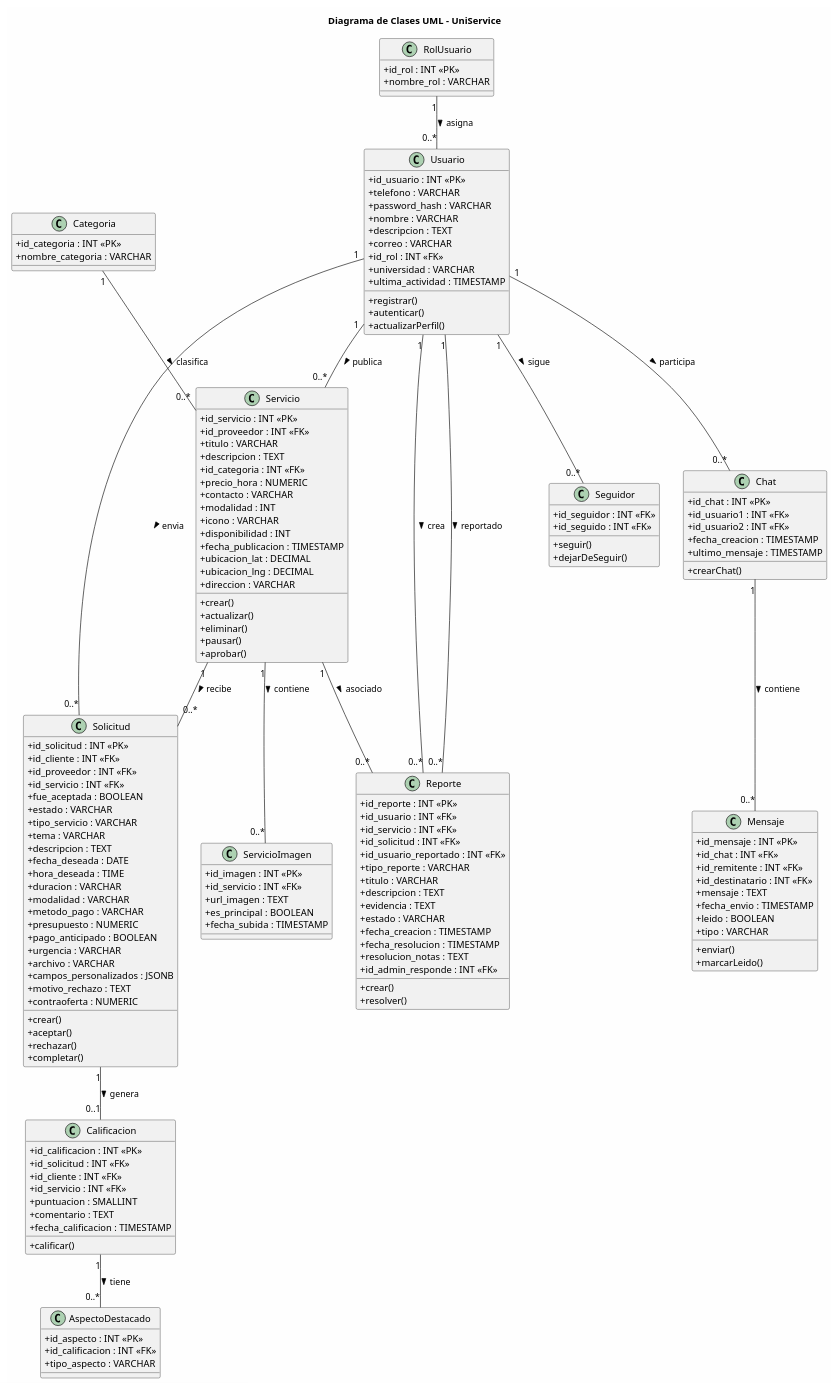
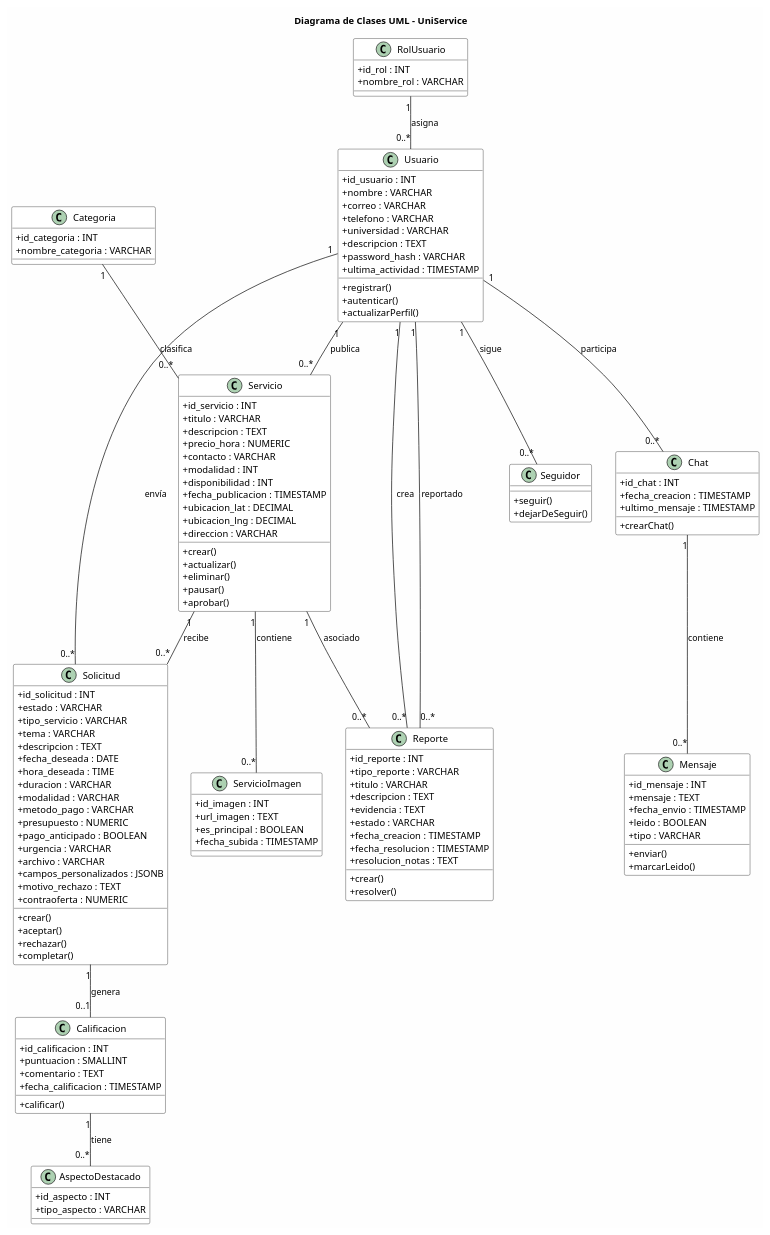
The diagram in pdf-Documentacion/documentacion_generada/diagramas/clases.puml (andres-alfons/UniService), drawn with PlantUML before and after one commit. The commit also changed 11 other files, not shown here.

```diff
--- a/pdf-Documentacion/documentacion_generada/diagramas/clases.puml
+++ b/pdf-Documentacion/documentacion_generada/diagramas/clases.puml
@@ -1,171 +1,150 @@
 @startuml
 skinparam classAttributeIconSize 0
 skinparam backgroundColor #FEFEFE
+skinparam class {
+  BackgroundColor White
+  ArrowColor Black
+  BorderColor Black
+}
 
 title Diagrama de Clases UML - UniService
 
-class RolUsuario {
-    +id_rol : INT <<PK>>
-    +nombre_rol : VARCHAR
+class "RolUsuario" as Rol {
+  +id_rol : INT
+  +nombre_rol : VARCHAR
 }
 
-class Usuario {
-    +id_usuario : INT <<PK>>
-    +telefono : VARCHAR
-    +password_hash : VARCHAR
-    +nombre : VARCHAR
-    +descripcion : TEXT
-    +correo : VARCHAR
-    +id_rol : INT <<FK>>
-    +universidad : VARCHAR
-    +ultima_actividad : TIMESTAMP
-    +registrar()
-    +autenticar()
-    +actualizarPerfil()
+class "Usuario" as User {
+  +id_usuario : INT
+  +nombre : VARCHAR
+  +correo : VARCHAR
+  +telefono : VARCHAR
+  +universidad : VARCHAR
+  +descripcion : TEXT
+  +password_hash : VARCHAR
+  +ultima_actividad : TIMESTAMP
+  +registrar()
+  +autenticar()
+  +actualizarPerfil()
 }
 
-class Categoria {
-    +id_categoria : INT <<PK>>
-    +nombre_categoria : VARCHAR
+class "Categoria" as Cat {
+  +id_categoria : INT
+  +nombre_categoria : VARCHAR
 }
 
-class Servicio {
-    +id_servicio : INT <<PK>>
-    +id_proveedor : INT <<FK>>
-    +titulo : VARCHAR
-    +descripcion : TEXT
-    +id_categoria : INT <<FK>>
-    +precio_hora : NUMERIC
-    +contacto : VARCHAR
-    +modalidad : INT
-    +icono : VARCHAR
-    +disponibilidad : INT
-    +fecha_publicacion : TIMESTAMP
-    +ubicacion_lat : DECIMAL
-    +ubicacion_lng : DECIMAL
-    +direccion : VARCHAR
-    +crear()
-    +actualizar()
-    +eliminar()
-    +pausar()
-    +aprobar()
+class "Servicio" as Srv {
+  +id_servicio : INT
+  +titulo : VARCHAR
+  +descripcion : TEXT
+  +precio_hora : NUMERIC
+  +contacto : VARCHAR
+  +modalidad : INT
+  +disponibilidad : INT
+  +fecha_publicacion : TIMESTAMP
+  +ubicacion_lat : DECIMAL
+  +ubicacion_lng : DECIMAL
+  +direccion : VARCHAR
+  +crear()
+  +actualizar()
+  +eliminar()
+  +pausar()
+  +aprobar()
 }
 
-class ServicioImagen {
-    +id_imagen : INT <<PK>>
-    +id_servicio : INT <<FK>>
-    +url_imagen : TEXT
-    +es_principal : BOOLEAN
-    +fecha_subida : TIMESTAMP
+class "ServicioImagen" as Img {
+  +id_imagen : INT
+  +url_imagen : TEXT
+  +es_principal : BOOLEAN
+  +fecha_subida : TIMESTAMP
 }
 
-class Solicitud {
-    +id_solicitud : INT <<PK>>
-    +id_cliente : INT <<FK>>
-    +id_proveedor : INT <<FK>>
-    +id_servicio : INT <<FK>>
-    +fue_aceptada : BOOLEAN
-    +estado : VARCHAR
-    +tipo_servicio : VARCHAR
-    +tema : VARCHAR
-    +descripcion : TEXT
-    +fecha_deseada : DATE
-    +hora_deseada : TIME
-    +duracion : VARCHAR
-    +modalidad : VARCHAR
-    +metodo_pago : VARCHAR
-    +presupuesto : NUMERIC
-    +pago_anticipado : BOOLEAN
-    +urgencia : VARCHAR
-    +archivo : VARCHAR
-    +campos_personalizados : JSONB
-    +motivo_rechazo : TEXT
-    +contraoferta : NUMERIC
-    +crear()
-    +aceptar()
-    +rechazar()
-    +completar()
+class "Solicitud" as Sol {
+  +id_solicitud : INT
+  +estado : VARCHAR
+  +tipo_servicio : VARCHAR
+  +tema : VARCHAR
+  +descripcion : TEXT
+  +fecha_deseada : DATE
+  +hora_deseada : TIME
+  +duracion : VARCHAR
+  +modalidad : VARCHAR
+  +metodo_pago : VARCHAR
+  +presupuesto : NUMERIC
+  +pago_anticipado : BOOLEAN
+  +urgencia : VARCHAR
+  +archivo : VARCHAR
+  +campos_personalizados : JSONB
+  +motivo_rechazo : TEXT
+  +contraoferta : NUMERIC
+  +crear()
+  +aceptar()
+  +rechazar()
+  +completar()
 }
 
-class Calificacion {
-    +id_calificacion : INT <<PK>>
-    +id_solicitud : INT <<FK>>
-    +id_cliente : INT <<FK>>
-    +id_servicio : INT <<FK>>
-    +puntuacion : SMALLINT
-    +comentario : TEXT
-    +fecha_calificacion : TIMESTAMP
-    +calificar()
+class "Calificacion" as Cal {
+  +id_calificacion : INT
+  +puntuacion : SMALLINT
+  +comentario : TEXT
+  +fecha_calificacion : TIMESTAMP
+  +calificar()
 }
 
-class AspectoDestacado {
-    +id_aspecto : INT <<PK>>
-    +id_calificacion : INT <<FK>>
-    +tipo_aspecto : VARCHAR
+class "AspectoDestacado" as Asp {
+  +id_aspecto : INT
+  +tipo_aspecto : VARCHAR
 }
 
-class Seguidor {
-    +id_seguidor : INT <<FK>>
-    +id_seguido : INT <<FK>>
-    +seguir()
-    +dejarDeSeguir()
+class "Seguidor" as Seg {
+  +seguir()
+  +dejarDeSeguir()
 }
 
-class Chat {
-    +id_chat : INT <<PK>>
-    +id_usuario1 : INT <<FK>>
-    +id_usuario2 : INT <<FK>>
-    +fecha_creacion : TIMESTAMP
-    +ultimo_mensaje : TIMESTAMP
-    +crearChat()
+class "Chat" as Cht {
+  +id_chat : INT
+  +fecha_creacion : TIMESTAMP
+  +ultimo_mensaje : TIMESTAMP
+  +crearChat()
 }
 
-class Mensaje {
-    +id_mensaje : INT <<PK>>
-    +id_chat : INT <<FK>>
-    +id_remitente : INT <<FK>>
-    +id_destinatario : INT <<FK>>
-    +mensaje : TEXT
-    +fecha_envio : TIMESTAMP
-    +leido : BOOLEAN
-    +tipo : VARCHAR
-    +enviar()
-    +marcarLeido()
+class "Mensaje" as Msg {
+  +id_mensaje : INT
+  +mensaje : TEXT
+  +fecha_envio : TIMESTAMP
+  +leido : BOOLEAN
+  +tipo : VARCHAR
+  +enviar()
+  +marcarLeido()
 }
 
-class Reporte {
-    +id_reporte : INT <<PK>>
-    +id_usuario : INT <<FK>>
-    +id_servicio : INT <<FK>>
-    +id_solicitud : INT <<FK>>
-    +id_usuario_reportado : INT <<FK>>
-    +tipo_reporte : VARCHAR
-    +titulo : VARCHAR
-    +descripcion : TEXT
-    +evidencia : TEXT
-    +estado : VARCHAR
-    +fecha_creacion : TIMESTAMP
-    +fecha_resolucion : TIMESTAMP
-    +resolucion_notas : TEXT
-    +id_admin_responde : INT <<FK>>
-    +crear()
-    +resolver()
+class "Reporte" as Rep {
+  +id_reporte : INT
+  +tipo_reporte : VARCHAR
+  +titulo : VARCHAR
+  +descripcion : TEXT
+  +evidencia : TEXT
+  +estado : VARCHAR
+  +fecha_creacion : TIMESTAMP
+  +fecha_resolucion : TIMESTAMP
+  +resolucion_notas : TEXT
+  +crear()
+  +resolver()
 }
 
-' Relaciones
-RolUsuario "1" -- "0..*" Usuario : asigna >
-Usuario "1" -- "0..*" Servicio : publica >
-Categoria "1" -- "0..*" Servicio : clasifica >
-Servicio "1" -- "0..*" ServicioImagen : contiene >
-Servicio "1" -- "0..*" Solicitud : recibe >
-Usuario "1" -- "0..*" Solicitud : envia >
-Solicitud "1" -- "0..1" Calificacion : genera >
-Calificacion "1" -- "0..*" AspectoDestacado : tiene >
-Usuario "1" -- "0..*" Seguidor : sigue >
-Usuario "1" -- "0..*" Chat : participa >
-Chat "1" -- "0..*" Mensaje : contiene >
-Usuario "1" -- "0..*" Reporte : crea >
-Servicio "1" -- "0..*" Reporte : asociado >
-Usuario "1" -- "0..*" Reporte : reportado >
+Rol "1" -- "0..*" User : asigna
+User "1" -- "0..*" Srv : publica
+Cat "1" -- "0..*" Srv : clasifica
+Srv "1" -- "0..*" Img : contiene
+Srv "1" -- "0..*" Sol : recibe
+User "1" -- "0..*" Sol : envía
+Sol "1" -- "0..1" Cal : genera
+Cal "1" -- "0..*" Asp : tiene
+User "1" -- "0..*" Seg : sigue
+User "1" -- "0..*" Cht : participa
+Cht "1" -- "0..*" Msg : contiene
+User "1" -- "0..*" Rep : crea
+Srv "1" -- "0..*" Rep : asociado
+User "1" -- "0..*" Rep : reportado
 
 @enduml
```
